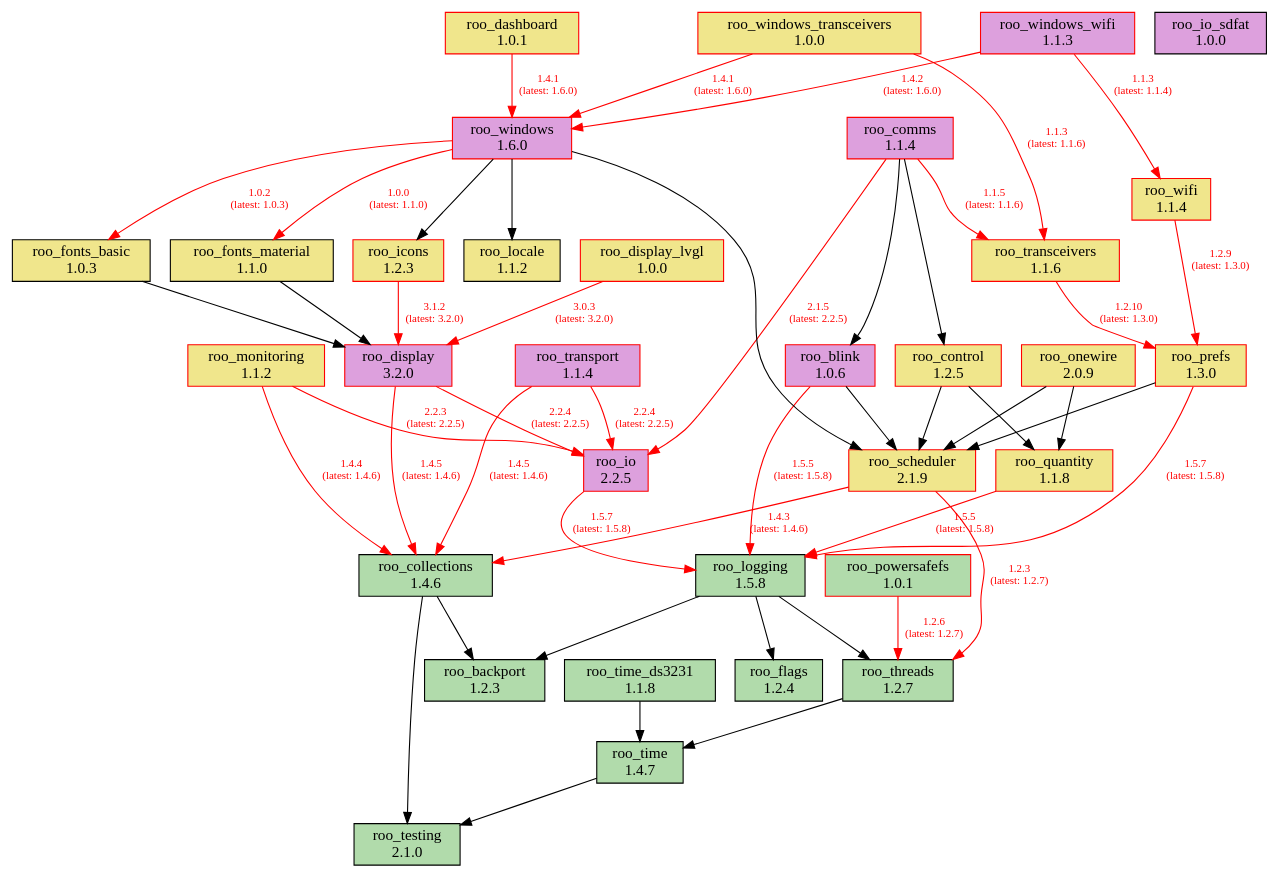
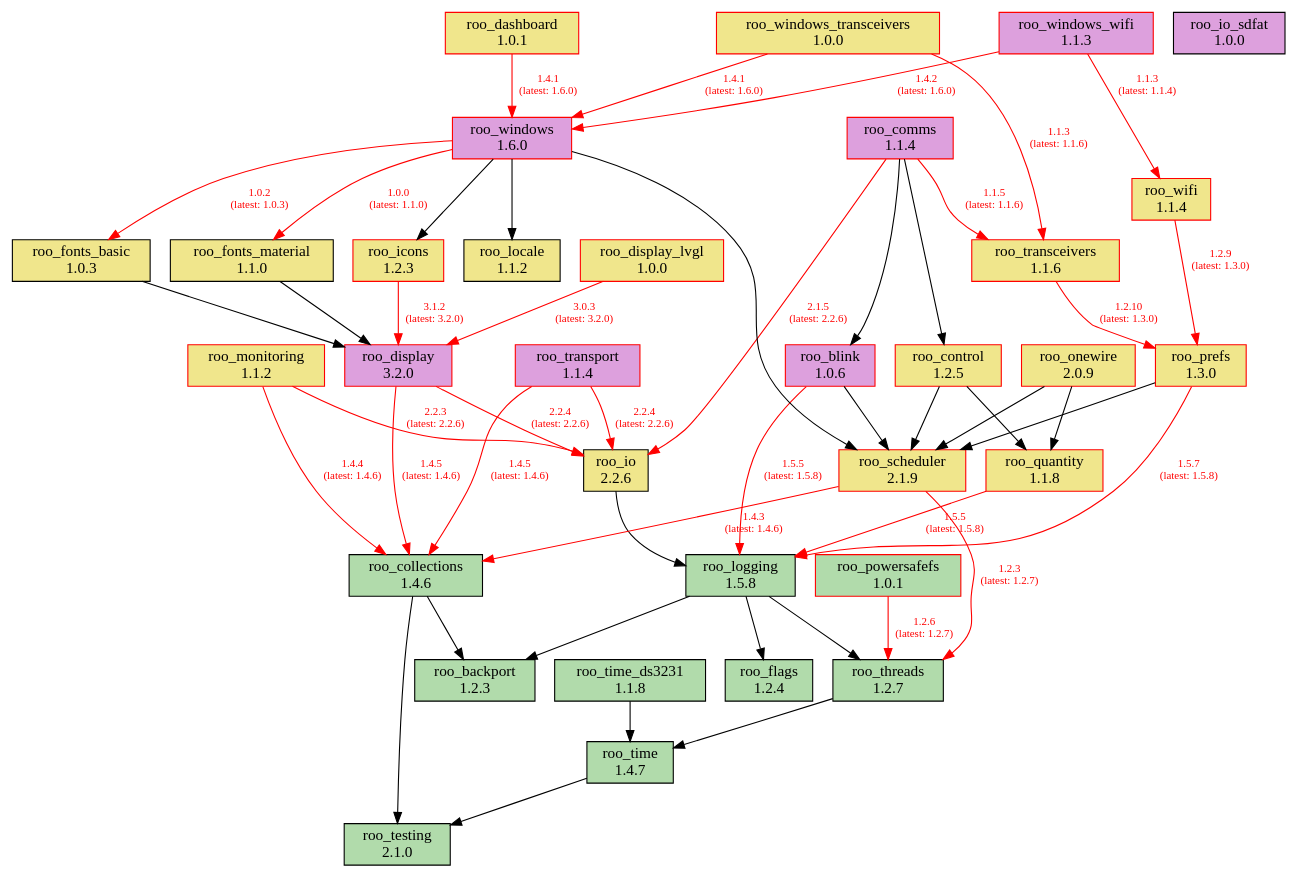
The diagram in doc/dependencies.dot (dejwk/roo-registry), drawn with Graphviz before and after one commit. The commit also changed 3 other files, not shown here.

```diff
--- a/doc/dependencies.dot
+++ b/doc/dependencies.dot
@@ -1,88 +1,88 @@
 digraph dependencies {
     rankdir=TB;
     node [shape=box, style=filled];
     edge [fontsize=10];
 
     // Modules
     "roo_backport" [label="roo_backport\n1.2.3", fillcolor="#b1dbab", color="black"];
     "roo_blink" [label="roo_blink\n1.0.6", fillcolor="plum", color="red"];
     "roo_collections" [label="roo_collections\n1.4.6", fillcolor="#b1dbab", color="black"];
     "roo_comms" [label="roo_comms\n1.1.4", fillcolor="plum", color="red"];
     "roo_control" [label="roo_control\n1.2.5", fillcolor="khaki", color="red"];
     "roo_dashboard" [label="roo_dashboard\n1.0.1", fillcolor="khaki", color="red"];
     "roo_display" [label="roo_display\n3.2.0", fillcolor="plum", color="red"];
     "roo_display_lvgl" [label="roo_display_lvgl\n1.0.0", fillcolor="khaki", color="red"];
     "roo_flags" [label="roo_flags\n1.2.4", fillcolor="#b1dbab", color="black"];
     "roo_fonts_basic" [label="roo_fonts_basic\n1.0.3", fillcolor="khaki", color="black"];
     "roo_fonts_material" [label="roo_fonts_material\n1.1.0", fillcolor="khaki", color="black"];
     "roo_icons" [label="roo_icons\n1.2.3", fillcolor="khaki", color="red"];
-    "roo_io" [label="roo_io\n2.2.5", fillcolor="plum", color="red"];
+    "roo_io" [label="roo_io\n2.2.6", fillcolor="khaki", color="black"];
     "roo_io_sdfat" [label="roo_io_sdfat\n1.0.0", fillcolor="plum", color="black"];
     "roo_locale" [label="roo_locale\n1.1.2", fillcolor="khaki", color="black"];
     "roo_logging" [label="roo_logging\n1.5.8", fillcolor="#b1dbab", color="black"];
     "roo_monitoring" [label="roo_monitoring\n1.1.2", fillcolor="khaki", color="red"];
     "roo_onewire" [label="roo_onewire\n2.0.9", fillcolor="khaki", color="red"];
     "roo_powersafefs" [label="roo_powersafefs\n1.0.1", fillcolor="#b1dbab", color="red"];
     "roo_prefs" [label="roo_prefs\n1.3.0", fillcolor="khaki", color="red"];
     "roo_quantity" [label="roo_quantity\n1.1.8", fillcolor="khaki", color="red"];
     "roo_scheduler" [label="roo_scheduler\n2.1.9", fillcolor="khaki", color="red"];
     "roo_testing" [label="roo_testing\n2.1.0", fillcolor="#b1dbab", color="black"];
     "roo_threads" [label="roo_threads\n1.2.7", fillcolor="#b1dbab", color="black"];
     "roo_time" [label="roo_time\n1.4.7", fillcolor="#b1dbab", color="black"];
     "roo_time_ds3231" [label="roo_time_ds3231\n1.1.8", fillcolor="#b1dbab", color="black"];
     "roo_transceivers" [label="roo_transceivers\n1.1.6", fillcolor="khaki", color="red"];
     "roo_transport" [label="roo_transport\n1.1.4", fillcolor="plum", color="red"];
     "roo_wifi" [label="roo_wifi\n1.1.4", fillcolor="khaki", color="red"];
     "roo_windows" [label="roo_windows\n1.6.0", fillcolor="plum", color="red"];
     "roo_windows_transceivers" [label="roo_windows_transceivers\n1.0.0", fillcolor="khaki", color="red"];
     "roo_windows_wifi" [label="roo_windows_wifi\n1.1.3", fillcolor="plum", color="red"];
 
     // Dependencies
     "roo_blink" -> "roo_logging" [color=red, fontcolor=red, label="1.5.5\n(latest: 1.5.8)"];
     "roo_blink" -> "roo_scheduler";
     "roo_collections" -> "roo_testing";
     "roo_collections" -> "roo_backport";
     "roo_comms" -> "roo_blink";
     "roo_comms" -> "roo_control";
-    "roo_comms" -> "roo_io" [color=red, fontcolor=red, label="2.1.5\n(latest: 2.2.5)"];
+    "roo_comms" -> "roo_io" [color=red, fontcolor=red, label="2.1.5\n(latest: 2.2.6)"];
     "roo_comms" -> "roo_transceivers" [color=red, fontcolor=red, label="1.1.5\n(latest: 1.1.6)"];
     "roo_control" -> "roo_quantity";
     "roo_control" -> "roo_scheduler";
     "roo_dashboard" -> "roo_windows" [color=red, fontcolor=red, label="1.4.1\n(latest: 1.6.0)"];
     "roo_display" -> "roo_collections" [color=red, fontcolor=red, label="1.4.5\n(latest: 1.4.6)"];
-    "roo_display" -> "roo_io" [color=red, fontcolor=red, label="2.2.4\n(latest: 2.2.5)"];
+    "roo_display" -> "roo_io" [color=red, fontcolor=red, label="2.2.4\n(latest: 2.2.6)"];
     "roo_display_lvgl" -> "roo_display" [color=red, fontcolor=red, label="3.0.3\n(latest: 3.2.0)"];
     "roo_fonts_basic" -> "roo_display";
     "roo_fonts_material" -> "roo_display";
     "roo_icons" -> "roo_display" [color=red, fontcolor=red, label="3.1.2\n(latest: 3.2.0)"];
-    "roo_io" -> "roo_logging" [color=red, fontcolor=red, label="1.5.7\n(latest: 1.5.8)"];
+    "roo_io" -> "roo_logging";
     "roo_logging" -> "roo_backport";
     "roo_logging" -> "roo_flags";
     "roo_logging" -> "roo_threads";
     "roo_monitoring" -> "roo_collections" [color=red, fontcolor=red, label="1.4.4\n(latest: 1.4.6)"];
-    "roo_monitoring" -> "roo_io" [color=red, fontcolor=red, label="2.2.3\n(latest: 2.2.5)"];
+    "roo_monitoring" -> "roo_io" [color=red, fontcolor=red, label="2.2.3\n(latest: 2.2.6)"];
     "roo_onewire" -> "roo_scheduler";
     "roo_onewire" -> "roo_quantity";
     "roo_powersafefs" -> "roo_threads" [color=red, fontcolor=red, label="1.2.6\n(latest: 1.2.7)"];
     "roo_prefs" -> "roo_logging" [color=red, fontcolor=red, label="1.5.7\n(latest: 1.5.8)"];
     "roo_prefs" -> "roo_scheduler";
     "roo_quantity" -> "roo_logging" [color=red, fontcolor=red, label="1.5.5\n(latest: 1.5.8)"];
     "roo_scheduler" -> "roo_collections" [color=red, fontcolor=red, label="1.4.3\n(latest: 1.4.6)"];
     "roo_scheduler" -> "roo_threads" [color=red, fontcolor=red, label="1.2.3\n(latest: 1.2.7)"];
     "roo_threads" -> "roo_time";
     "roo_time" -> "roo_testing";
     "roo_time_ds3231" -> "roo_time";
     "roo_transceivers" -> "roo_prefs" [color=red, fontcolor=red, label="1.2.10\n(latest: 1.3.0)"];
     "roo_transport" -> "roo_collections" [color=red, fontcolor=red, label="1.4.5\n(latest: 1.4.6)"];
-    "roo_transport" -> "roo_io" [color=red, fontcolor=red, label="2.2.4\n(latest: 2.2.5)"];
+    "roo_transport" -> "roo_io" [color=red, fontcolor=red, label="2.2.4\n(latest: 2.2.6)"];
     "roo_wifi" -> "roo_prefs" [color=red, fontcolor=red, label="1.2.9\n(latest: 1.3.0)"];
     "roo_windows" -> "roo_fonts_basic" [color=red, fontcolor=red, label="1.0.2\n(latest: 1.0.3)"];
     "roo_windows" -> "roo_fonts_material" [color=red, fontcolor=red, label="1.0.0\n(latest: 1.1.0)"];
     "roo_windows" -> "roo_locale";
     "roo_windows" -> "roo_icons";
     "roo_windows" -> "roo_scheduler";
     "roo_windows_transceivers" -> "roo_transceivers" [color=red, fontcolor=red, label="1.1.3\n(latest: 1.1.6)"];
     "roo_windows_transceivers" -> "roo_windows" [color=red, fontcolor=red, label="1.4.1\n(latest: 1.6.0)"];
     "roo_windows_wifi" -> "roo_wifi" [color=red, fontcolor=red, label="1.1.3\n(latest: 1.1.4)"];
     "roo_windows_wifi" -> "roo_windows" [color=red, fontcolor=red, label="1.4.2\n(latest: 1.6.0)"];
 }
```
